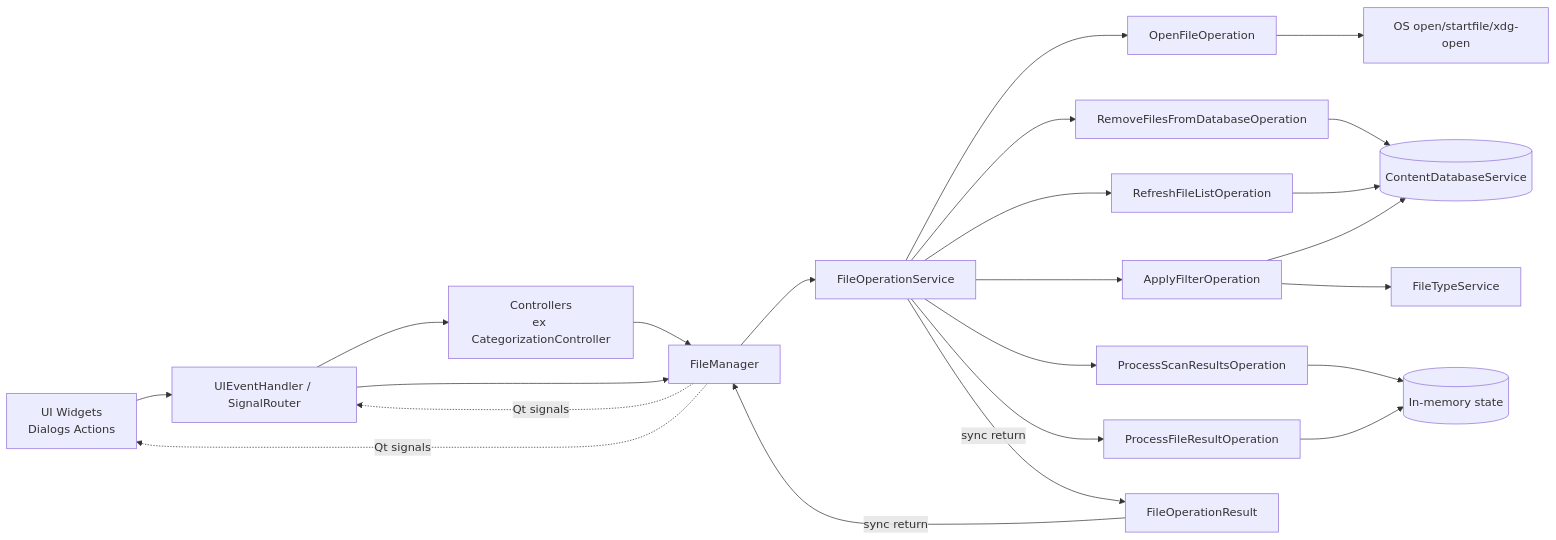
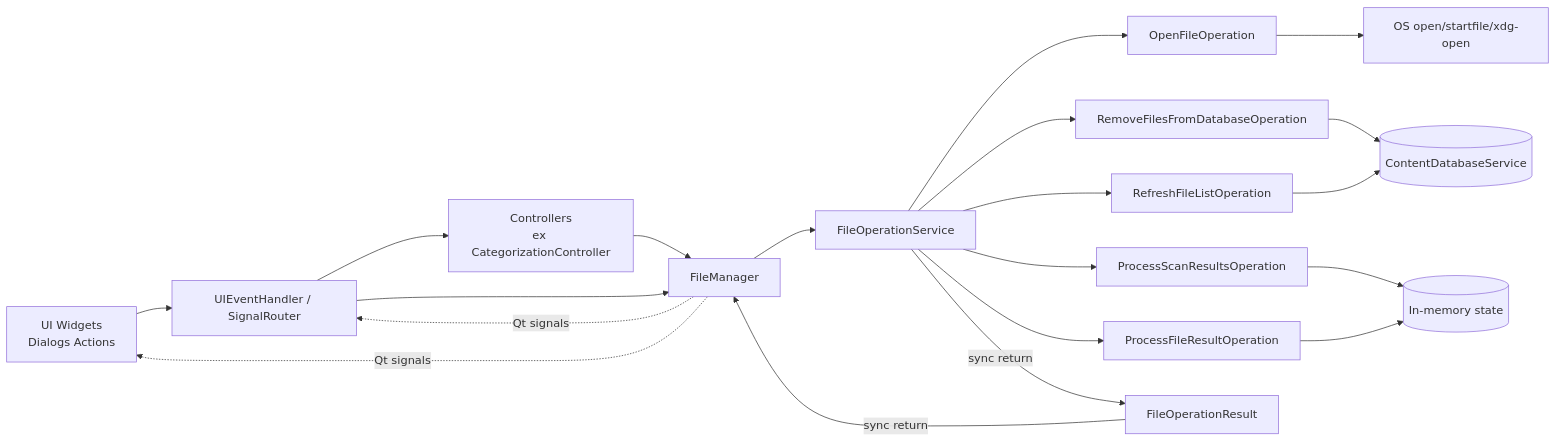
Before and after one commit to arioch3131/javis: the first of 2 diagrams in docs/FILE_OPERATIONS_V1.md, drawn with Mermaid. The commit also changed other lines of this file and 34 other files, not shown here.

````diff
--- a/docs/FILE_OPERATIONS_V1.md
+++ b/docs/FILE_OPERATIONS_V1.md
@@ -154,29 +145,26 @@
 ```mermaid
 flowchart LR
     UI[UI Widgets<br/>Dialogs Actions] --> H[UIEventHandler / SignalRouter]
     H --> C[Controllers<br/>ex CategorizationController]
     H --> M[FileManager]
     C --> M
 
     M --> S[FileOperationService]
 
     S --> O1[OpenFileOperation]
     S --> O2[RemoveFilesFromDatabaseOperation]
     S --> O3[RefreshFileListOperation]
-    S --> O4[ApplyFilterOperation]
     S --> O5[ProcessScanResultsOperation]
     S --> O6[ProcessFileResultOperation]
 
     O1 --> OS[OS open/startfile/xdg-open]
     O2 --> DB[(ContentDatabaseService)]
     O3 --> DB
-    O4 --> DB
-    O4 --> FTS[FileTypeService]
     O5 --> ST[(In-memory state)]
     O6 --> ST
 
     S -->|sync return| R[FileOperationResult]
     R -->|sync return| M
     M -. Qt signals .-> UI
     M -. Qt signals .-> H
 ```
````
